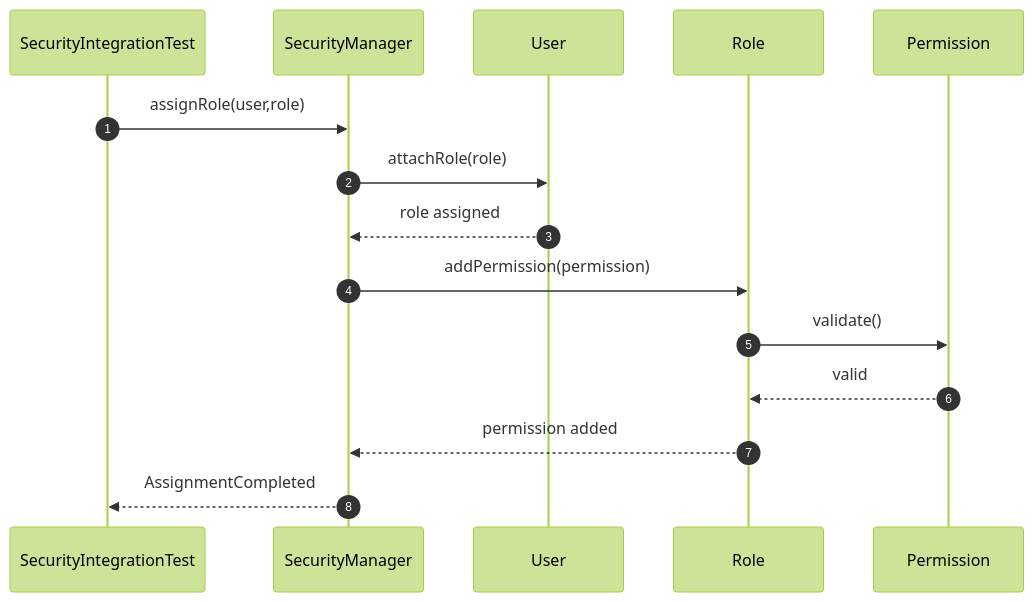
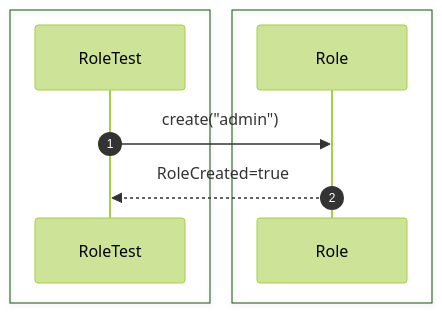
Diagram 18 of 35 in src/sequence/security.md (Huy1801214/dbms-architecture), drawn with Mermaid (forest theme) before and after one commit. The commit also changed other lines of this file and 10 other files, not shown here.

Commit message:
add comprehensive sequence diagrams and documentation for system architecture and unit testing specifications

````diff
--- a/src/sequence/security.md
+++ b/src/sequence/security.md
@@ -271,25 +324,14 @@
 ```mermaid
 sequenceDiagram
     autonumber
-    participant Test as SecurityIntegrationTest
-    participant Security as SecurityManager
-    participant User
-    participant Role
-    participant Permission
 
-    Test->>Security: assignRole(user,role)
+    box #e1f5fe Test Suite
+    participant Test as RoleTest
+    end
+    box #e3f2fd Security Components
+    participant Role as Role
+    end
 
-    Security->>User: attachRole(role)
-
-    User-->>Security: role assigned
-
-    Security->>Role: addPermission(permission)
-
-    Role->>Permission: validate()
-
-    Permission-->>Role: valid
-
-    Role-->>Security: permission added
-
-    Security-->>Test: AssignmentCompleted
+    Test->>Role: create("admin")
+    Role-->>Test: RoleCreated=true
 ```
````
